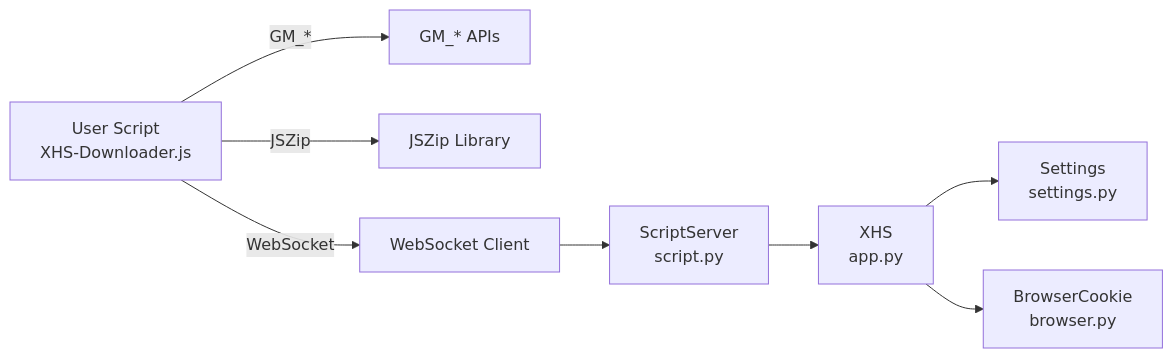
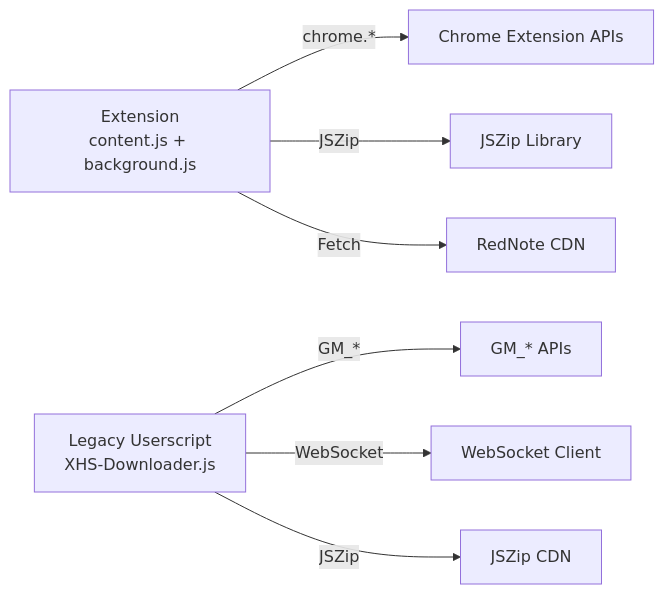
Before and after one commit to KY-2000/XHS-Downloader: the eighth of 8 diagrams in .qoder/repowiki/en/content/User Interfaces/Browser Integration.md, drawn with Mermaid. The commit also changed other lines of this file and 3 other files, not shown here.

````diff
--- a/.qoder/repowiki/en/content/User Interfaces/Browser Integration.md
+++ b/.qoder/repowiki/en/content/User Interfaces/Browser Integration.md
@@ -279,10 +330,9 @@
 ```mermaid
 graph LR
-US["User Script<br/>XHS-Downloader.js"] --> |GM_*| GM["GM_* APIs"]
-US --> |JSZip| ZIP["JSZip Library"]
-US --> |WebSocket| WS["WebSocket Client"]
-WS --> SS["ScriptServer<br/>script.py"]
-SS --> APP["XHS<br/>app.py"]
-APP --> ST["Settings<br/>settings.py"]
-APP --> BC["BrowserCookie<br/>browser.py"]
+EXT["Extension<br/>content.js + background.js"] --> |chrome.*| CHROME["Chrome Extension APIs"]
+EXT --> |JSZip| ZIP["JSZip Library"]
+EXT --> |Fetch| CDN["RedNote CDN"]
+LEGACY["Legacy Userscript<br/>XHS-Downloader.js"] --> |GM_*| GM["GM_* APIs"]
+LEGACY --> |WebSocket| WS["WebSocket Client"]
+LEGACY --> |JSZip| CDNZIP["JSZip CDN"]
 ```
````
